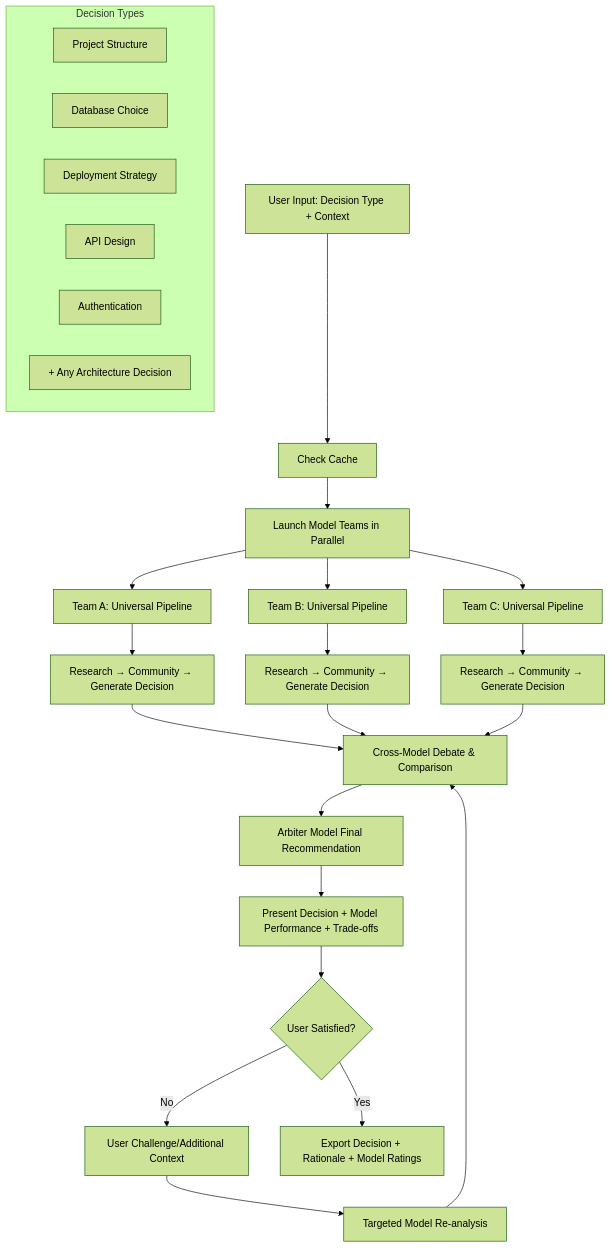
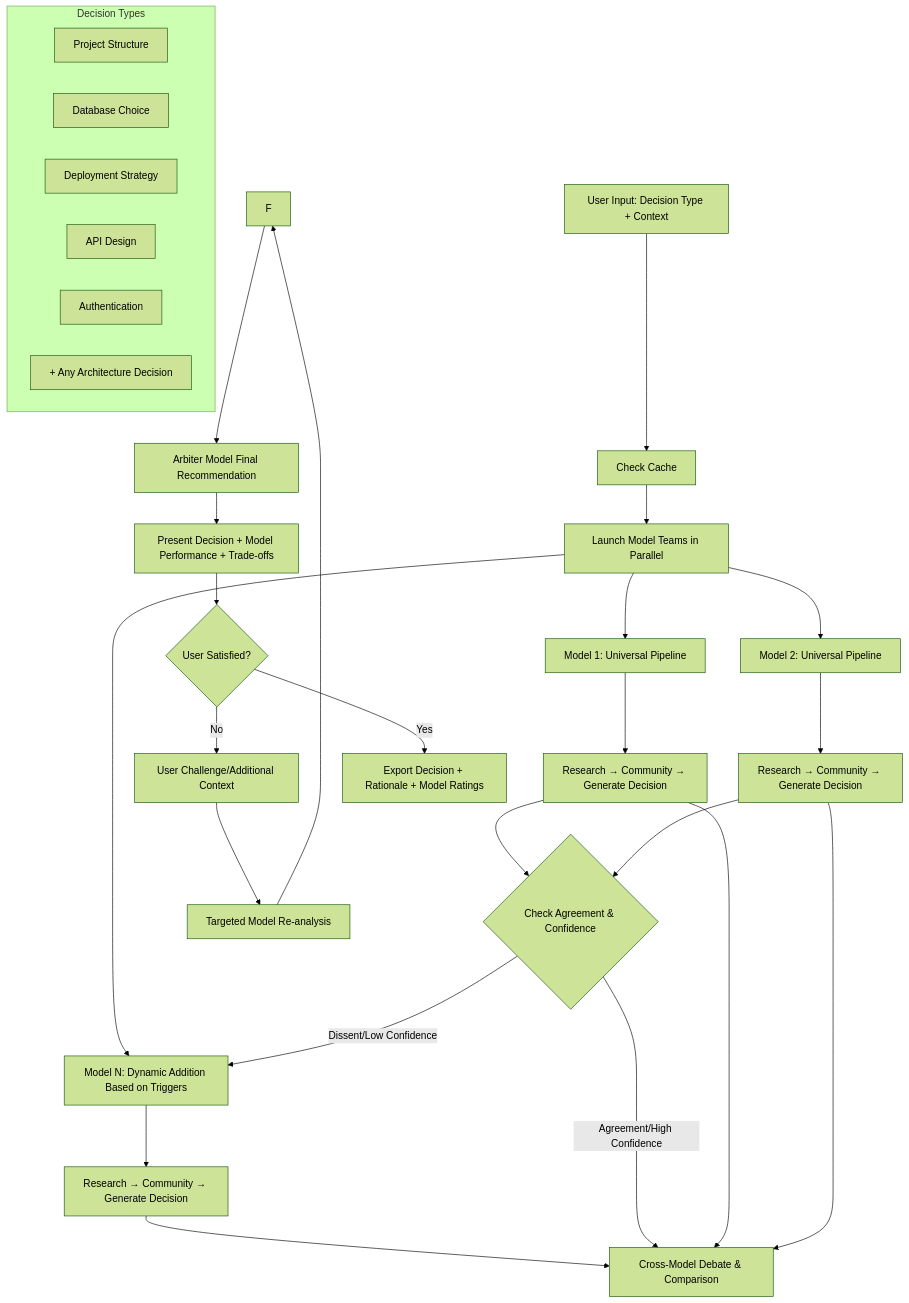
Before and after one commit to jbelanger/archguru: the diagram in docs/adr-001-architecture.md, drawn with Mermaid (forest theme). The commit also changed other lines of this file and 4 other files, not shown here.

First line of the commit message:
Enhance ArchGuru Roadmap and Implementation

````diff
--- a/docs/adr-001-architecture.md
+++ b/docs/adr-001-architecture.md
@@ -76,34 +145,38 @@
 ```mermaid
 graph TD
     A[User Input: Decision Type + Context] --> B[Check Cache]
     B --> C[Launch Model Teams in Parallel]
 
-    C --> D1[Team A: Universal Pipeline]
-    C --> D2[Team B: Universal Pipeline]
-    C --> D3[Team C: Universal Pipeline]
+    C --> D1[Model 1: Universal Pipeline]
+    C --> D2[Model 2: Universal Pipeline]
+    C --> D3[Model N: Dynamic Addition Based on Triggers]
 
     D1 --> E1[Research → Community → Generate Decision]
     D2 --> E2[Research → Community → Generate Decision]
     D3 --> E3[Research → Community → Generate Decision]
 
-    E1 --> F[Cross-Model Debate & Comparison]
-    E2 --> F
-    E3 --> F
+    E1 --> F1{Check Agreement & Confidence}
+    E2 --> F1
+    F1 -->|Dissent/Low Confidence| D3
+    E3 --> F2[Cross-Model Debate & Comparison]
+    F1 -->|Agreement/High Confidence| F2
+    E1 --> F2
+    E2 --> F2
 
     F --> G[Arbiter Model Final Recommendation]
     G --> H[Present Decision + Model Performance + Trade-offs]
     H --> I{User Satisfied?}
     I -->|No| J[User Challenge/Additional Context]
     J --> K[Targeted Model Re-analysis]
     K --> F
     I -->|Yes| L[Export Decision + Rationale + Model Ratings]
 
     subgraph "Decision Types"
         DT1[Project Structure]
         DT2[Database Choice]
         DT3[Deployment Strategy]
         DT4[API Design]
         DT5[Authentication]
         DT6[+ Any Architecture Decision]
     end
 ```
````
